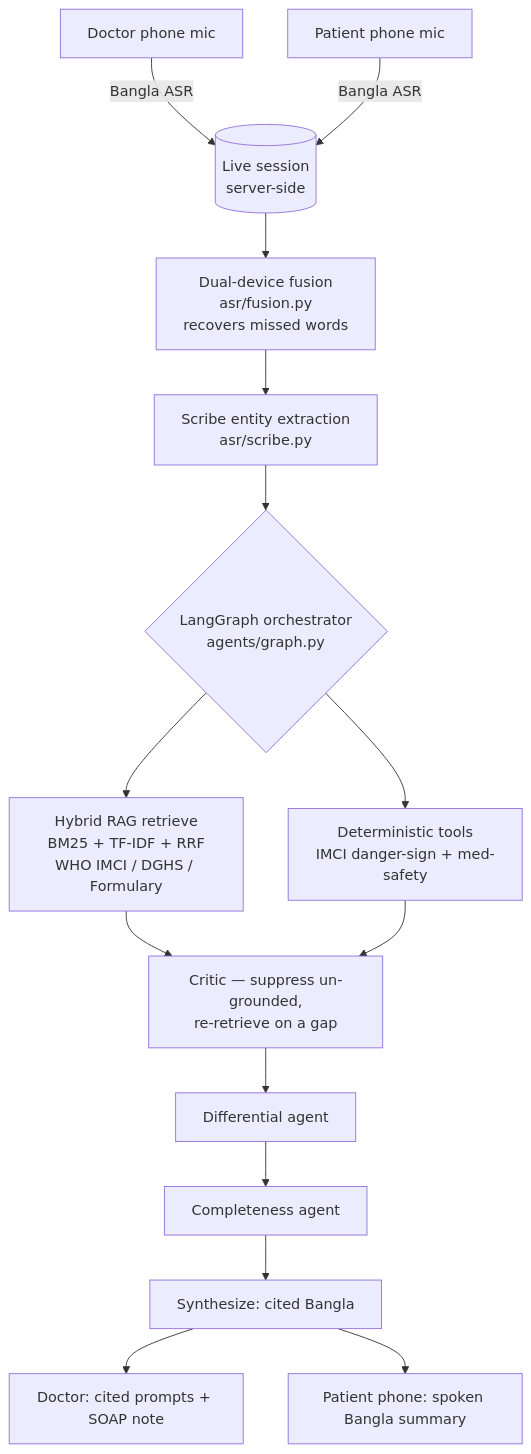
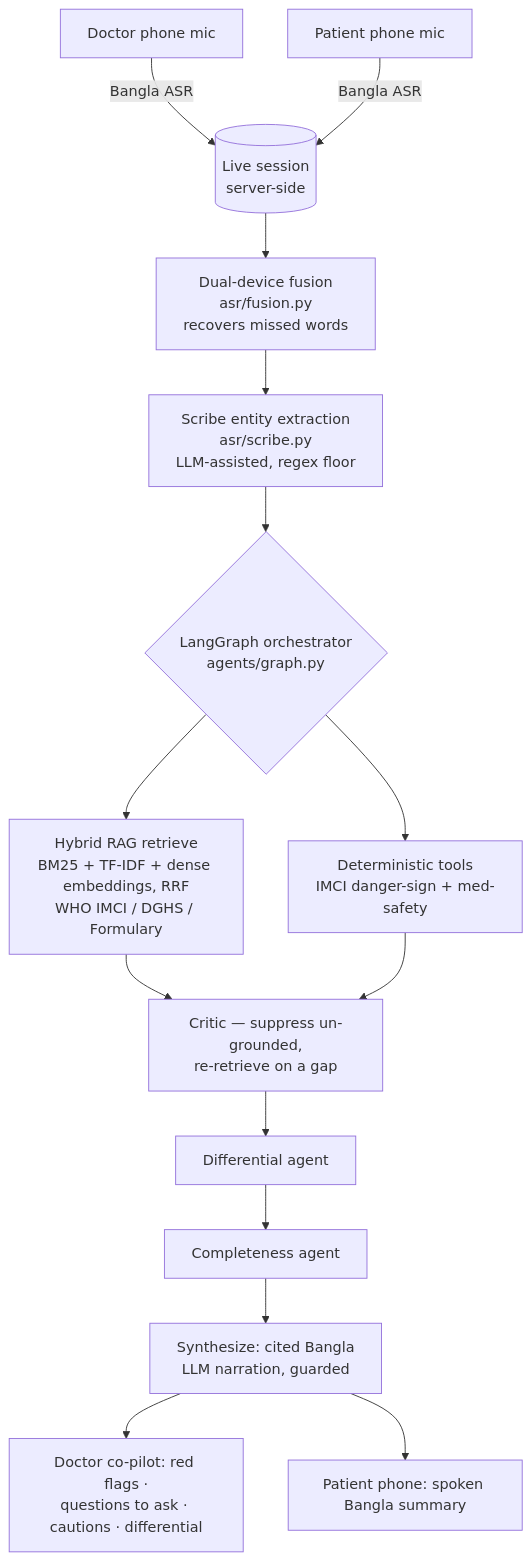
The diagram in README.md (Nafiz001/codoctor), drawn with Mermaid before and after one commit. The commit also changed other lines of this file and 13 other files, not shown here.

````diff
--- a/README.md
+++ b/README.md
@@ -37,17 +51,17 @@
 ```mermaid
 flowchart TD
     A[Doctor phone mic] -->|Bangla ASR| S[(Live session<br/>server-side)]
     B[Patient phone mic] -->|Bangla ASR| S
     S --> F[Dual-device fusion<br/>asr/fusion.py<br/>recovers missed words]
-    F --> SC[Scribe entity extraction<br/>asr/scribe.py]
+    F --> SC[Scribe entity extraction<br/>asr/scribe.py<br/>LLM-assisted, regex floor]
     SC --> O{LangGraph orchestrator<br/>agents/graph.py}
-    O --> R[Hybrid RAG retrieve<br/>BM25 + TF-IDF + RRF<br/>WHO IMCI / DGHS / Formulary]
+    O --> R[Hybrid RAG retrieve<br/>BM25 + TF-IDF + dense embeddings, RRF<br/>WHO IMCI / DGHS / Formulary]
     O --> T[Deterministic tools<br/>IMCI danger-sign + med-safety]
     R --> C[Critic — suppress un-grounded,<br/>re-retrieve on a gap]
     T --> C
     C --> DX[Differential agent]
     DX --> CP[Completeness agent]
-    CP --> SY[Synthesize: cited Bangla]
-    SY --> DOC[Doctor: cited prompts + SOAP note]
+    CP --> SY[Synthesize: cited Bangla<br/>LLM narration, guarded]
+    SY --> DA[Doctor co-pilot: red flags ·<br/>questions to ask · cautions · differential]
     SY --> PT[Patient phone: spoken Bangla summary]
 ```
````
